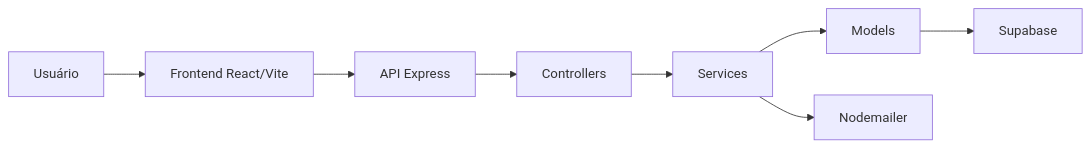
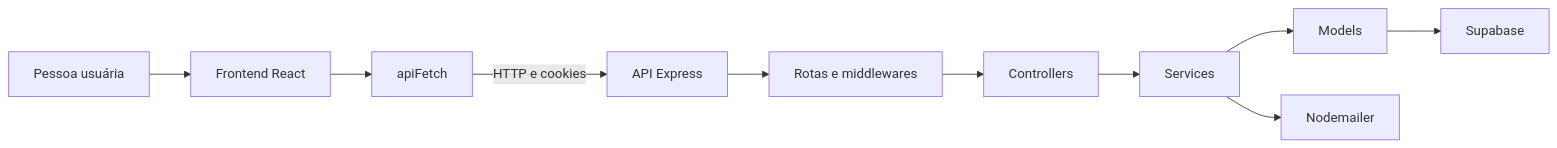
Before and after one commit to tropa-livresca/tropa-livresca: the diagram in docs/arquitetura.md, drawn with Mermaid. The commit also changed other lines of this file, not shown here.

````diff
--- a/docs/arquitetura.md
+++ b/docs/arquitetura.md
@@ -24,10 +15,12 @@
 ```mermaid
 flowchart LR
-    A[Usuário] --> B[Frontend React/Vite]
-    B --> C[API Express]
-    C --> D[Controllers]
-    D --> E[Services]
-    E --> F[Models]
-    F --> G[Supabase]
-    E --> H[Nodemailer]
+    U[Pessoa usuária] --> F[Frontend React]
+    F --> AF[apiFetch]
+    AF -->|HTTP e cookies| API[API Express]
+    API --> R[Rotas e middlewares]
+    R --> C[Controllers]
+    C --> S[Services]
+    S --> M[Models]
+    M --> DB[Supabase]
+    S --> E[Nodemailer]
 ```
````
